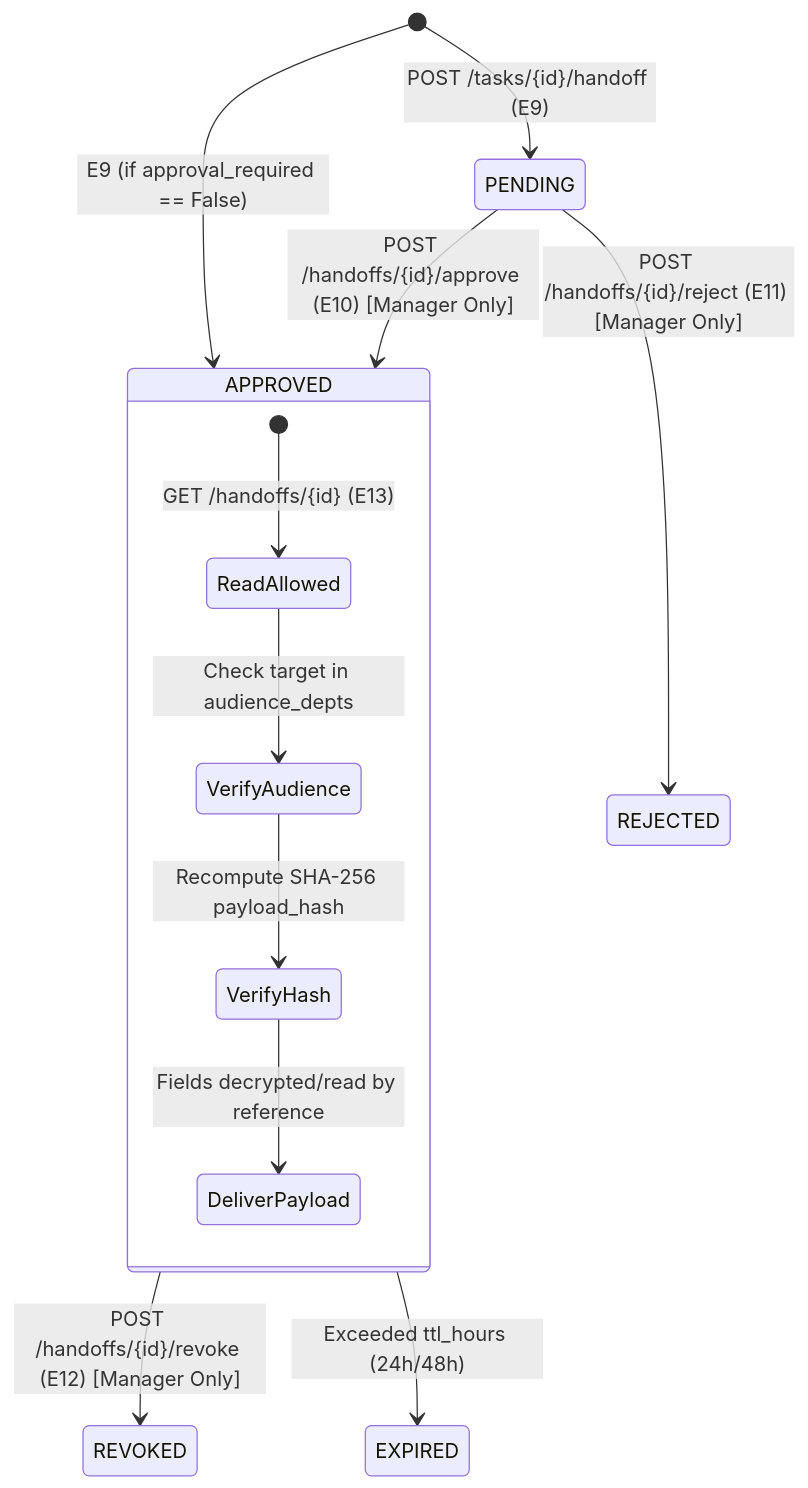
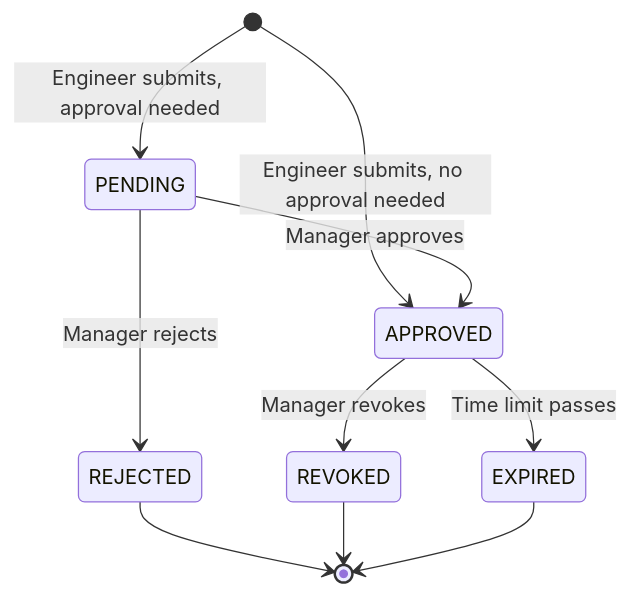
Before and after one commit to Prasanthmax/novintix-ticket: the third of 6 diagrams in README.md, drawn with Mermaid. The commit also changed other lines of this file, not shown here.

Commit message:
fix : github diagram rendering 2026-11-02

````diff
--- a/README.md
+++ b/README.md
@@ -138,16 +137,12 @@
 ```mermaid
 stateDiagram-v2
-    [*] --> PENDING: POST /tasks/{id}/handoff (E9)
-    [*] --> APPROVED: E9 (if approval_required == False)
-    PENDING --> APPROVED: POST /handoffs/{id}/approve (E10) [Manager Only]
-    PENDING --> REJECTED: POST /handoffs/{id}/reject (E11) [Manager Only]
-    APPROVED --> REVOKED: POST /handoffs/{id}/revoke (E12) [Manager Only]
-    APPROVED --> EXPIRED: Exceeded ttl_hours (24h/48h)
-    
-    state APPROVED {
-        [*] --> ReadAllowed: GET /handoffs/{id} (E13)
-        ReadAllowed --> VerifyAudience: Check target in audience_depts
-        VerifyAudience --> VerifyHash: Recompute SHA-256 payload_hash
-        VerifyHash --> DeliverPayload: Fields decrypted/read by reference
-    }
+    [*] --> PENDING: Engineer submits, approval needed
+    [*] --> APPROVED: Engineer submits, no approval needed
+    PENDING --> APPROVED: Manager approves
+    PENDING --> REJECTED: Manager rejects
+    APPROVED --> REVOKED: Manager revokes
+    APPROVED --> EXPIRED: Time limit passes
+    REJECTED --> [*]
+    REVOKED --> [*]
+    EXPIRED --> [*]
 ```
````
